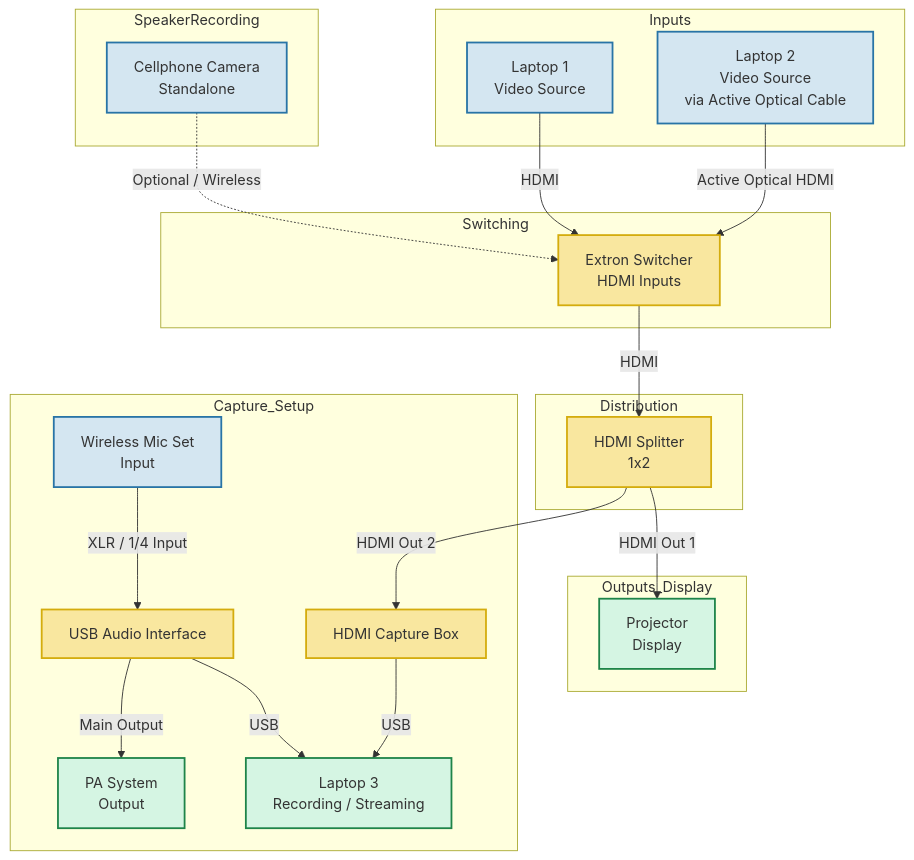
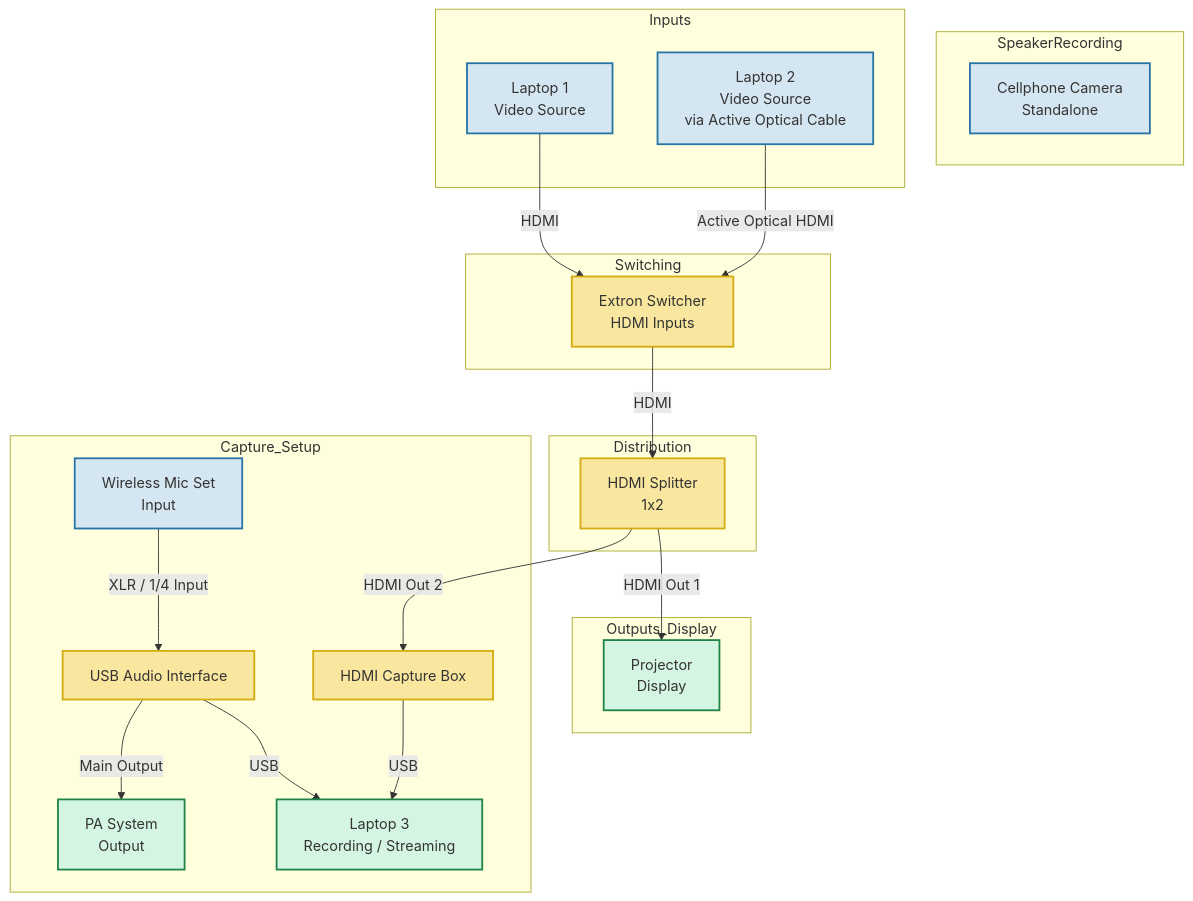
Before and after one commit to TechLancaster/av-tech: the diagram in README.md, drawn with Mermaid.

Commit message:
Remove phone wireless connection from diagram

````diff
--- a/README.md
+++ b/README.md
@@ -4,58 +4,57 @@
 ```mermaid
 
 graph TD
     subgraph SpeakerRecording
         PHONE[Cellphone Camera<br>Standalone]
     end
 
     subgraph Inputs
         L1[Laptop 1<br>Video Source]
         L2[Laptop 2<br>Video Source<br>via Active Optical Cable]
     end
 
     subgraph Switching
         EX[Extron Switcher<br>HDMI Inputs]
     end
 
     subgraph Distribution
         SPLIT[HDMI Splitter<br>1x2]
     end
 
     subgraph Outputs_Display
         PROJ[Projector<br>Display]
     end
 
     subgraph Capture_Setup
         CAP[HDMI Capture Box]
         L3[Laptop 3<br>Recording / Streaming]
         AUDIO_IF[USB Audio Interface]
         WIRELESS[Wireless Mic Set<br>Input]
         PA[PA System<br>Output]
     end
 
     %% Connections
     L1 -->|HDMI| EX
     L2 -->|Active Optical HDMI| EX
-    PHONE -.->|Optional / Wireless| EX
 
     EX -->|HDMI| SPLIT
 
     SPLIT -->|HDMI Out 1| PROJ
     SPLIT -->|HDMI Out 2| CAP
 
     CAP -->|USB| L3
 
     WIRELESS -->|XLR / 1/4 Input| AUDIO_IF
     AUDIO_IF -->|USB| L3
     AUDIO_IF -->|Main Output| PA
 
     %% Styling
     classDef source fill:#d4e6f1,stroke:#2874a6,stroke-width:2px;
     classDef processing fill:#f9e79f,stroke:#d4ac0d,stroke-width:2px;
     classDef output fill:#d5f5e3,stroke:#1e8449,stroke-width:2px;
 
     class L1,L2,PHONE,WIRELESS source;
     class EX,SPLIT,CAP,AUDIO_IF processing;
     class PROJ,PA,L3 output;
 
 ```
````
